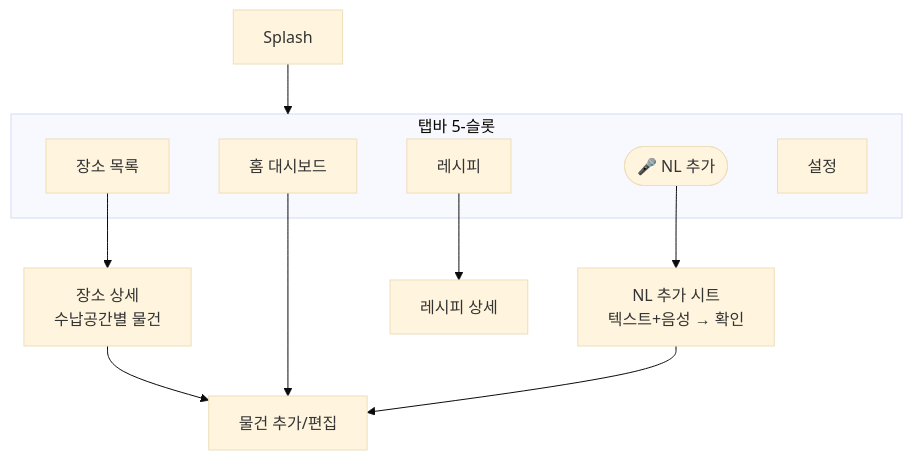
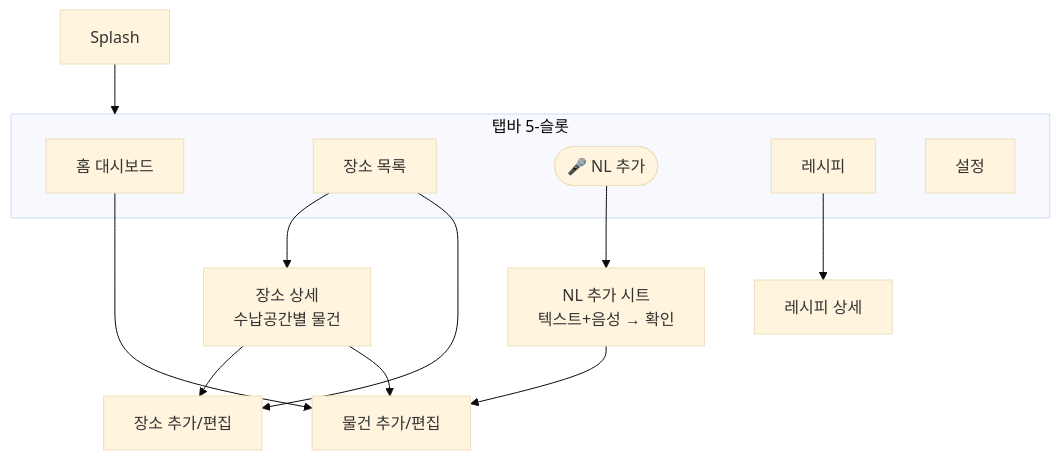
One commit to lks574/HomePinApp_iOS changed the diagram in docs/screen-map.md. Above: the diagram before and after it, drawn with Mermaid (base theme). The commit also changed other lines of this file and 10 other files, not shown here.

````diff
--- a/docs/screen-map.md
+++ b/docs/screen-map.md
@@ -15,17 +15,19 @@
 ```mermaid
 flowchart TD
     Splash --> Tab
     subgraph Tab[탭바 5-슬롯]
       Home[홈 대시보드]
       Places[장소 목록]
       Mic([🎤 NL 추가])
       Recipes[레시피]
       Settings[설정]
     end
     Places --> PlaceDetail[장소 상세<br/>수납공간별 물건]
+    Places --> PlaceEditor[장소 추가/편집]
+    PlaceDetail --> PlaceEditor
     PlaceDetail --> ItemEditor[물건 추가/편집]
     Home --> ItemEditor
     Capture --> ItemEditor
     Mic --> Capture[NL 추가 시트<br/>텍스트+음성 → 확인]
     Recipes --> RecipeDetail[레시피 상세]
 ```
````
